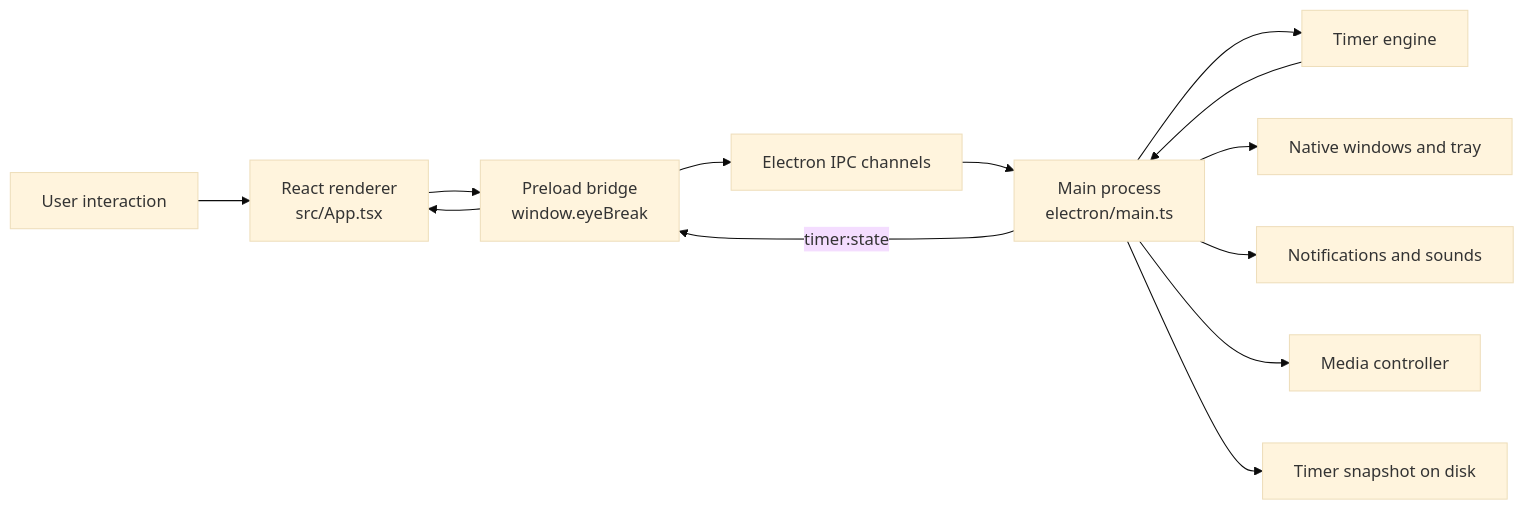
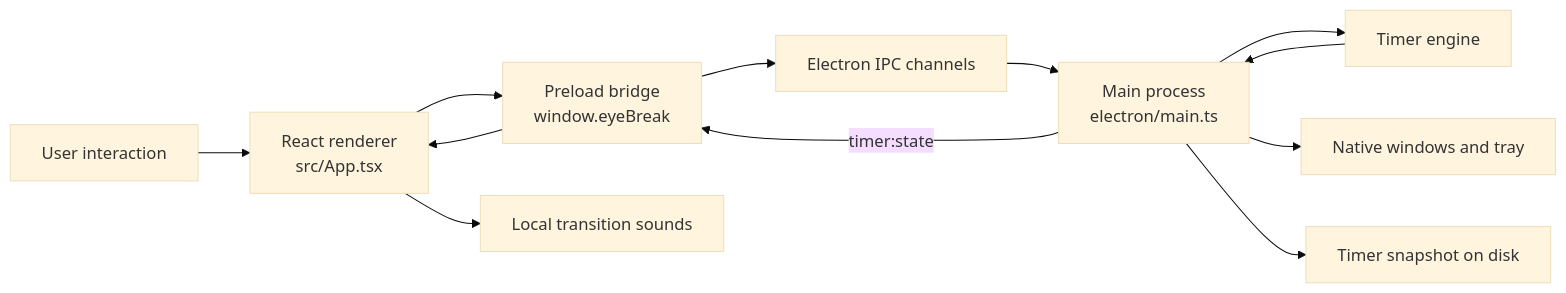
The diagram in docs/electron-desktop-stack.md (Aaryan0091/BlinkFLow), drawn with Mermaid (base theme) before and after one commit. The commit also changed other lines of this file and 28 other files, not shown here.

````diff
--- a/docs/electron-desktop-stack.md
+++ b/docs/electron-desktop-stack.md
@@ -35,15 +45,14 @@
 ```mermaid
 flowchart LR
     U["User interaction"] --> R["React renderer<br/>src/App.tsx"]
     R --> P["Preload bridge<br/>window.eyeBreak"]
     P --> I["Electron IPC channels"]
     I --> M["Main process<br/>electron/main.ts"]
     M --> T["Timer engine"]
     M --> W["Native windows and tray"]
-    M --> N["Notifications and sounds"]
-    M --> C["Media controller"]
+    R --> S["Local transition sounds"]
     M --> D["Timer snapshot on disk"]
     T --> M
     M -->|"timer:state"| P
     P --> R
 ```
````
